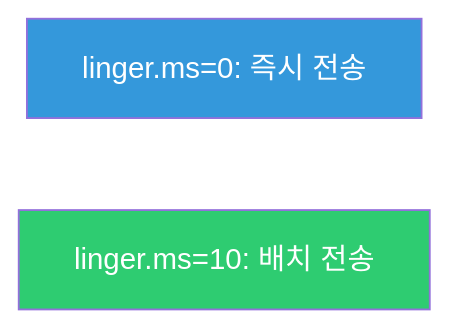
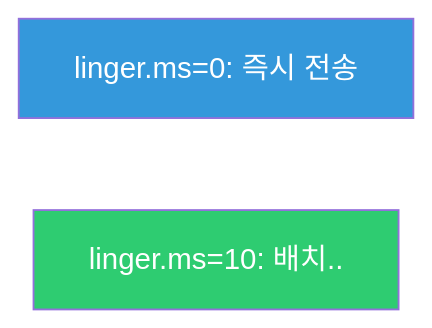
The second of 4 diagrams in _posts/kafka/2026-05-01-kafka-producer-deep.md (yjkim2015/yjkim2015.github.io), drawn with Mermaid before and after one commit. The commit also changed other lines of this file and 149 other files, not shown here.

First line of the commit message:
Mermaid 가독성 개선: 라벨 축약, 노드 축소, TD→LR 변환

````diff
--- a/_posts/kafka/2026-05-01-kafka-producer-deep.md
+++ b/_posts/kafka/2026-05-01-kafka-producer-deep.md
@@ -91,7 +91,7 @@
 ```mermaid
 graph LR
     L0["linger.ms=0: 즉시 전송"]
-    L10["linger.ms=10: 배치 전송"]
+    L10["linger.ms=10: 배치.."]
     style L0 fill:#3498db,color:#fff
     style L10 fill:#2ecc71,color:#fff
 ```
````
